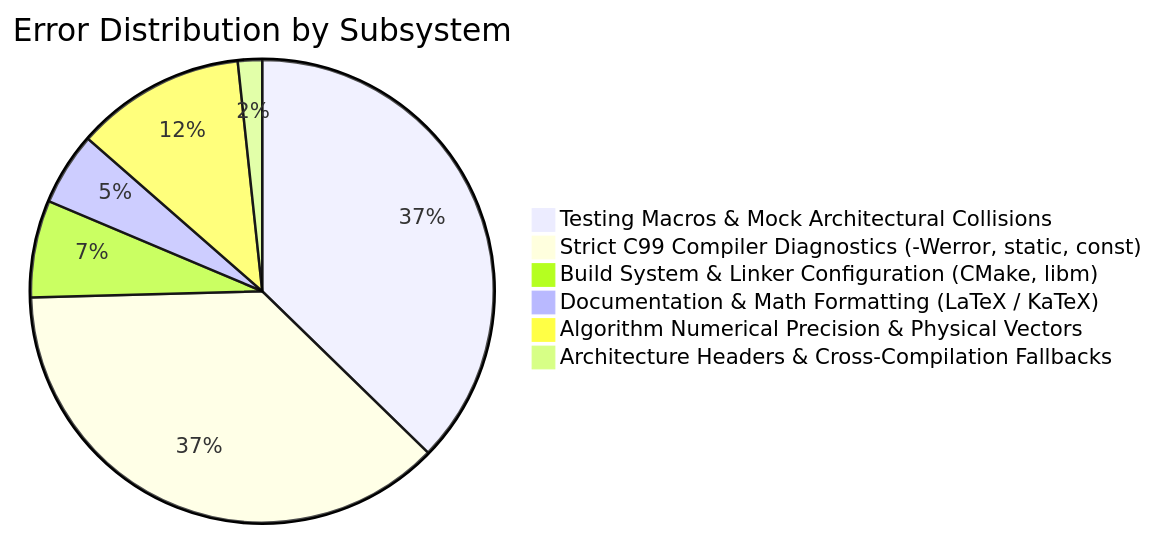
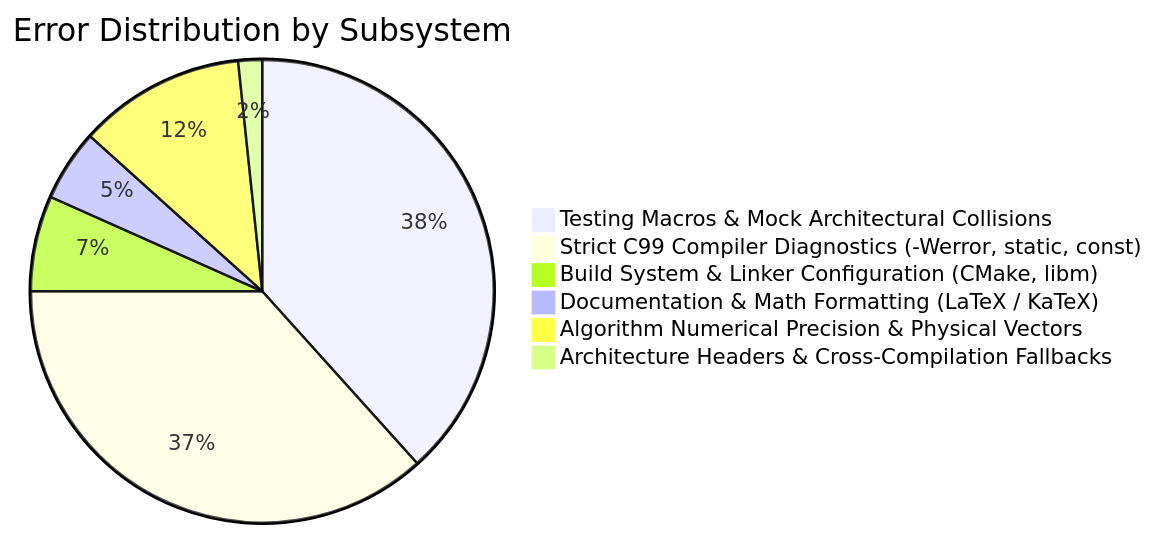
One commit to Thejus26/rain-predict changed the diagram in context/errors/README.md. Above: the diagram before and after it, drawn with Mermaid. The commit also changed other lines of this file and 3 other files, not shown here.

````diff
--- a/context/errors/README.md
+++ b/context/errors/README.md
@@ -76,9 +77,9 @@
 ```mermaid
 pie title Error Distribution by Subsystem
-    "Testing Macros & Mock Architectural Collisions" : 22
+    "Testing Macros & Mock Architectural Collisions" : 23
     "Strict C99 Compiler Diagnostics (-Werror, static, const)" : 22
     "Build System & Linker Configuration (CMake, libm)" : 4
     "Documentation & Math Formatting (LaTeX / KaTeX)" : 3
     "Algorithm Numerical Precision & Physical Vectors" : 7
     "Architecture Headers & Cross-Compilation Fallbacks" : 1
 ```
````
